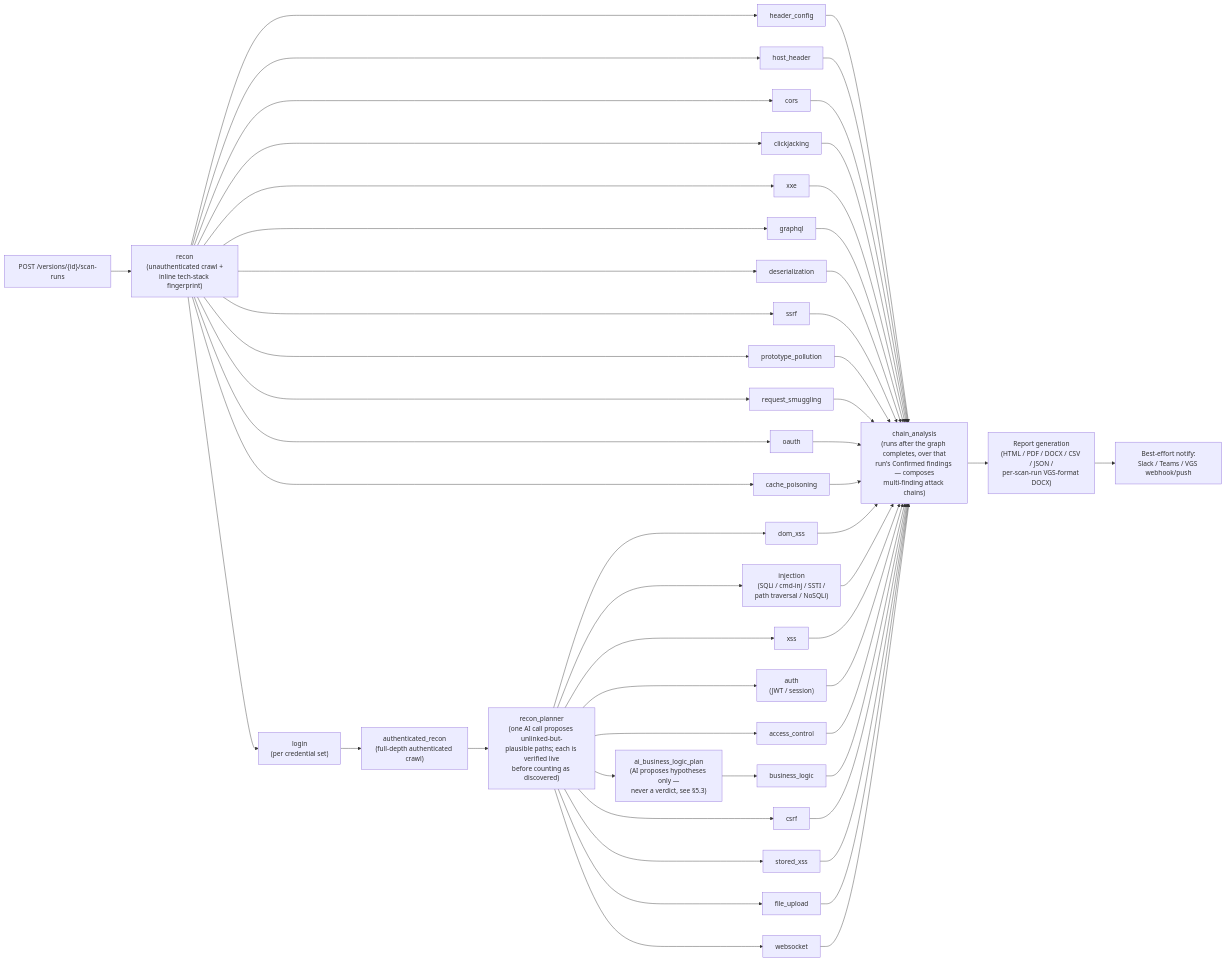
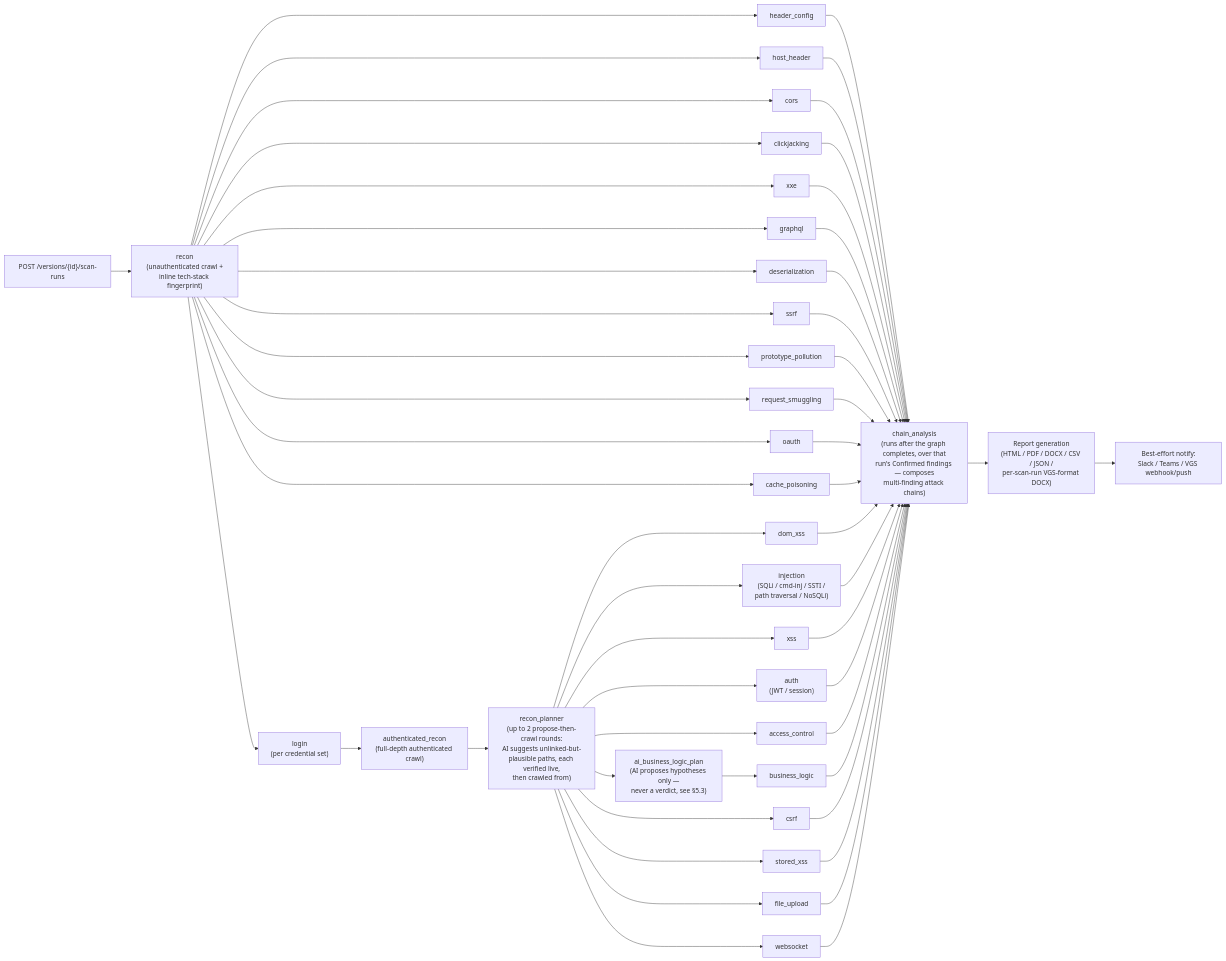
Before and after one commit to mudigondabhanu85/verdikt: the diagram in docs/architecture-overview/diagrams/03_scan_lifecycle.mmd, drawn with Mermaid. The commit also changed 8 other files, not shown here.

```diff
--- a/docs/architecture-overview/diagrams/03_scan_lifecycle.mmd
+++ b/docs/architecture-overview/diagrams/03_scan_lifecycle.mmd
@@ -1,32 +1,32 @@
 flowchart LR
     A["POST /versions/{id}/scan-runs"] --> B["recon<br/>(unauthenticated crawl +<br/>inline tech-stack fingerprint)"]
     B --> U1["header_config"]
     B --> U2["host_header"]
     B --> U3["cors"]
     B --> U4["clickjacking"]
     B --> U5["xxe"]
     B --> U6["graphql"]
     B --> U7["deserialization"]
     B --> U8["ssrf"]
     B --> U9["prototype_pollution"]
     B --> U10["request_smuggling"]
     B --> U11["oauth"]
     B --> U12["cache_poisoning"]
     B --> L["login<br/>(per credential set)"]
     L --> E["authenticated_recon<br/>(full-depth authenticated crawl)"]
-    E --> P["recon_planner<br/>(one AI call proposes unlinked-but-<br/>plausible paths; each is verified live<br/>before counting as discovered)"]
+    E --> P["recon_planner<br/>(up to 2 propose-then-crawl rounds:<br/>AI suggests unlinked-but-<br/>plausible paths, each verified live,<br/>then crawled from)"]
     P --> A1["dom_xss"]
     P --> A2["injection<br/>(SQLi / cmd-inj / SSTI /<br/>path traversal / NoSQLi)"]
     P --> A3["xss"]
     P --> A4["auth<br/>(JWT / session)"]
     P --> A5["access_control"]
     P --> BP["ai_business_logic_plan<br/>(AI proposes hypotheses only —<br/>never a verdict, see §5.3)"]
     BP --> A6["business_logic"]
     P --> A7["csrf"]
     P --> A8["stored_xss"]
     P --> A9["file_upload"]
     P --> A10["websocket"]
     U1 & U2 & U3 & U4 & U5 & U6 & U7 & U8 & U9 & U10 & U11 & U12 --> G
     A1 & A2 & A3 & A4 & A5 & A6 & A7 & A8 & A9 & A10 --> G["chain_analysis<br/>(runs after the graph completes, over that<br/>run's Confirmed findings — composes<br/>multi-finding attack chains)"]
     G --> H["Report generation<br/>(HTML / PDF / DOCX / CSV / JSON /<br/>per-scan-run VGS-format DOCX)"]
     H --> I["Best-effort notify:<br/>Slack / Teams / VGS webhook/push"]
```
